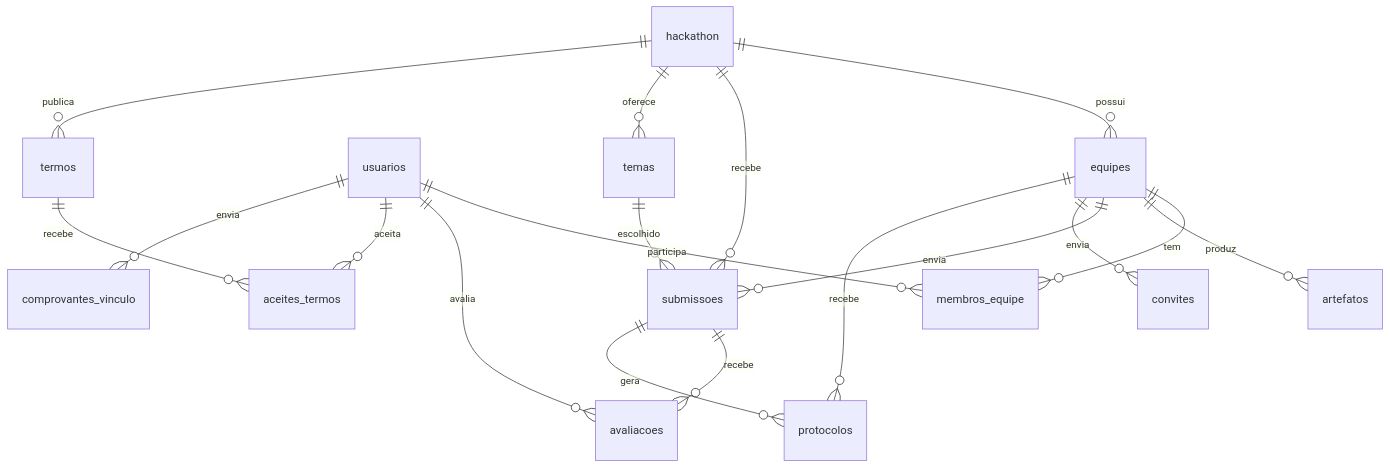
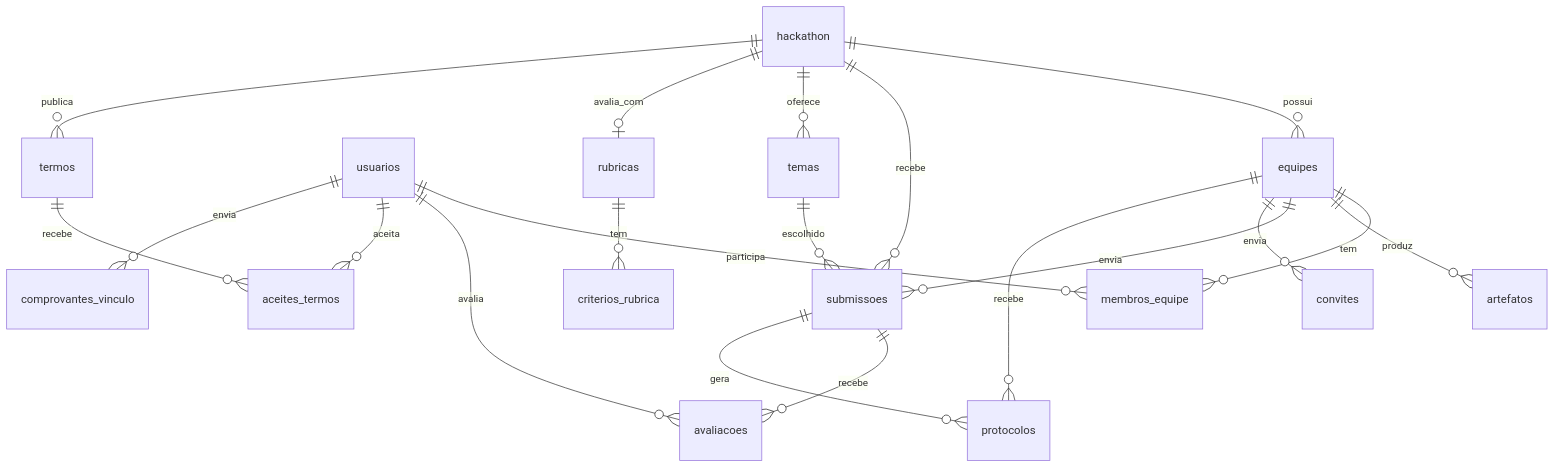
One commit to Hackathon-UFPA/hackathon_backend changed the diagram in README.md. Above: the diagram before and after it, drawn with Mermaid. The commit also changed other lines of this file and 24 other files, not shown here.

````diff
--- a/README.md
+++ b/README.md
@@ -49,20 +50,22 @@
 ```mermaid
 erDiagram
     hackathon ||--o{ equipes : possui
     hackathon ||--o{ submissoes : recebe
     equipes ||--o{ membros_equipe : tem
     usuarios ||--o{ membros_equipe : participa
     equipes ||--o{ artefatos : produz
     equipes ||--o{ submissoes : envia
     submissoes ||--o{ avaliacoes : recebe
     usuarios ||--o{ avaliacoes : avalia
     hackathon ||--o{ temas : oferece
     temas ||--o{ submissoes : escolhido
+    hackathon ||--o| rubricas : avalia_com
+    rubricas ||--o{ criterios_rubrica : tem
     equipes ||--o{ convites : envia
     hackathon ||--o{ termos : publica
     termos ||--o{ aceites_termos : recebe
     usuarios ||--o{ aceites_termos : aceita
     usuarios ||--o{ comprovantes_vinculo : envia
     equipes ||--o{ protocolos : recebe
     submissoes ||--o{ protocolos : gera
 ```
````
